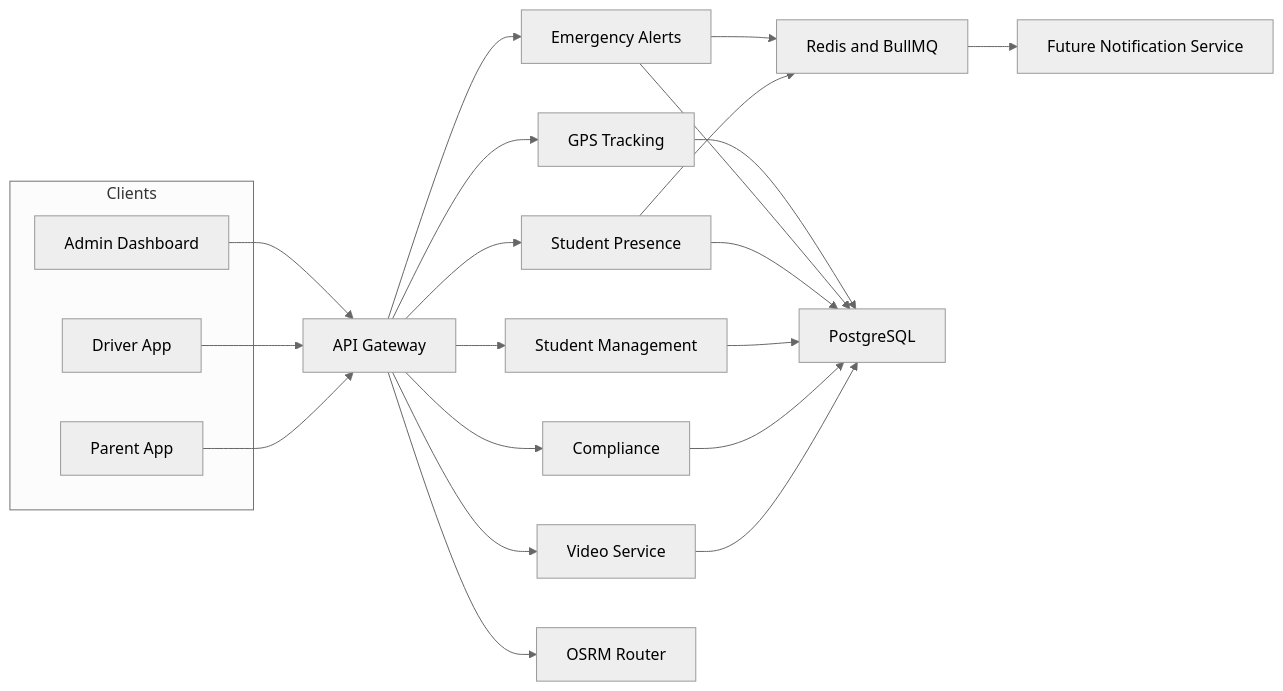
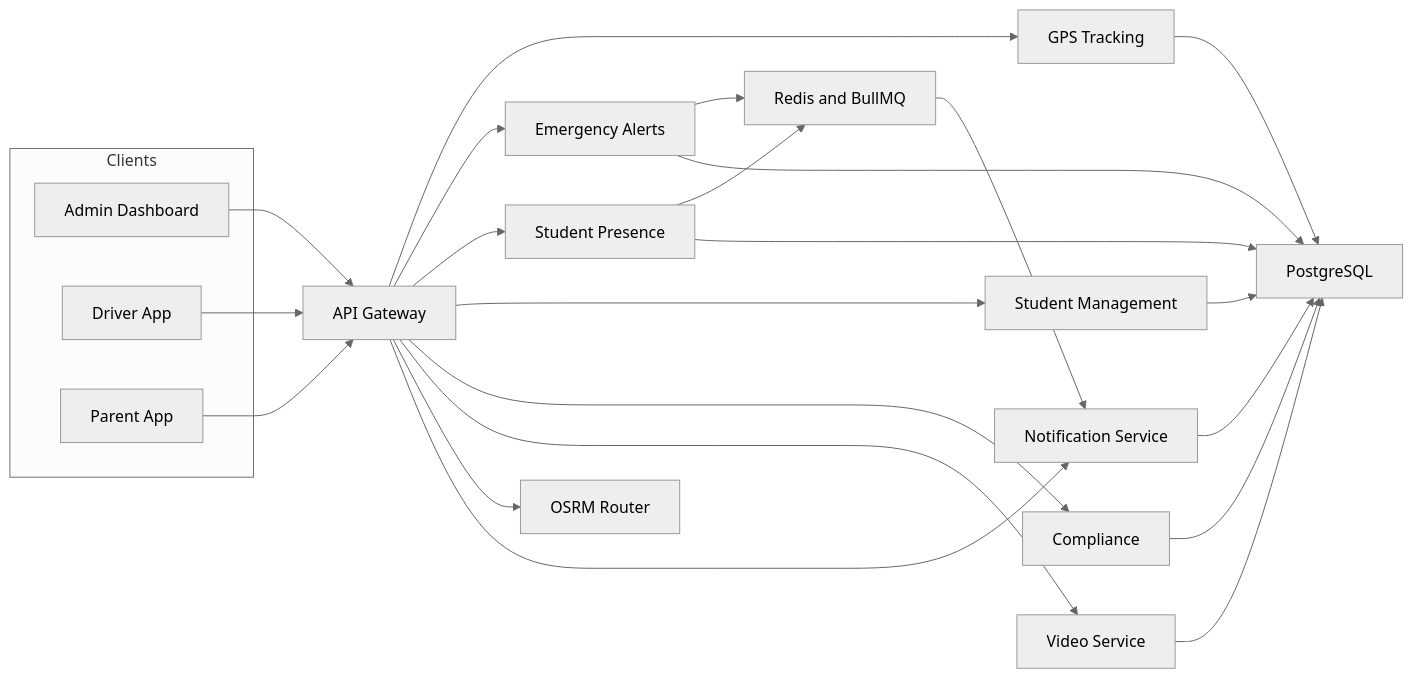
The diagram in docs/Design/Architecture.md (arvinddhasmana/SBTM), drawn with Mermaid (neutral theme) before and after one commit. The commit also changed 79 other files, not shown here.

````diff
--- a/docs/Design/Architecture.md
+++ b/docs/Design/Architecture.md
@@ -60,40 +60,42 @@
 ```mermaid
 flowchart LR
     subgraph Clients
         Admin[Admin Dashboard]
         Driver[Driver App]
         Parent[Parent App]
     end
 
     Gateway[API Gateway]
     GPS[GPS Tracking]
     Alerts[Emergency Alerts]
     Presence[Student Presence]
     Students[Student Management]
     Compliance[Compliance]
     Video[Video Service]
     Redis[Redis and BullMQ]
     Postgres[PostgreSQL]
     OSRM[OSRM Router]
-    Notify[Future Notification Service]
+    Notify[Notification Service]
 
     Admin --> Gateway
     Driver --> Gateway
     Parent --> Gateway
     Gateway --> GPS
     Gateway --> Alerts
     Gateway --> Presence
     Gateway --> Students
     Gateway --> Compliance
     Gateway --> Video
     Gateway --> OSRM
+    Gateway --> Notify
     Alerts --> Redis
     Presence --> Redis
     GPS --> Postgres
     Alerts --> Postgres
     Presence --> Postgres
     Students --> Postgres
     Compliance --> Postgres
     Video --> Postgres
     Redis --> Notify
+    Notify --> Postgres
 ```
````
